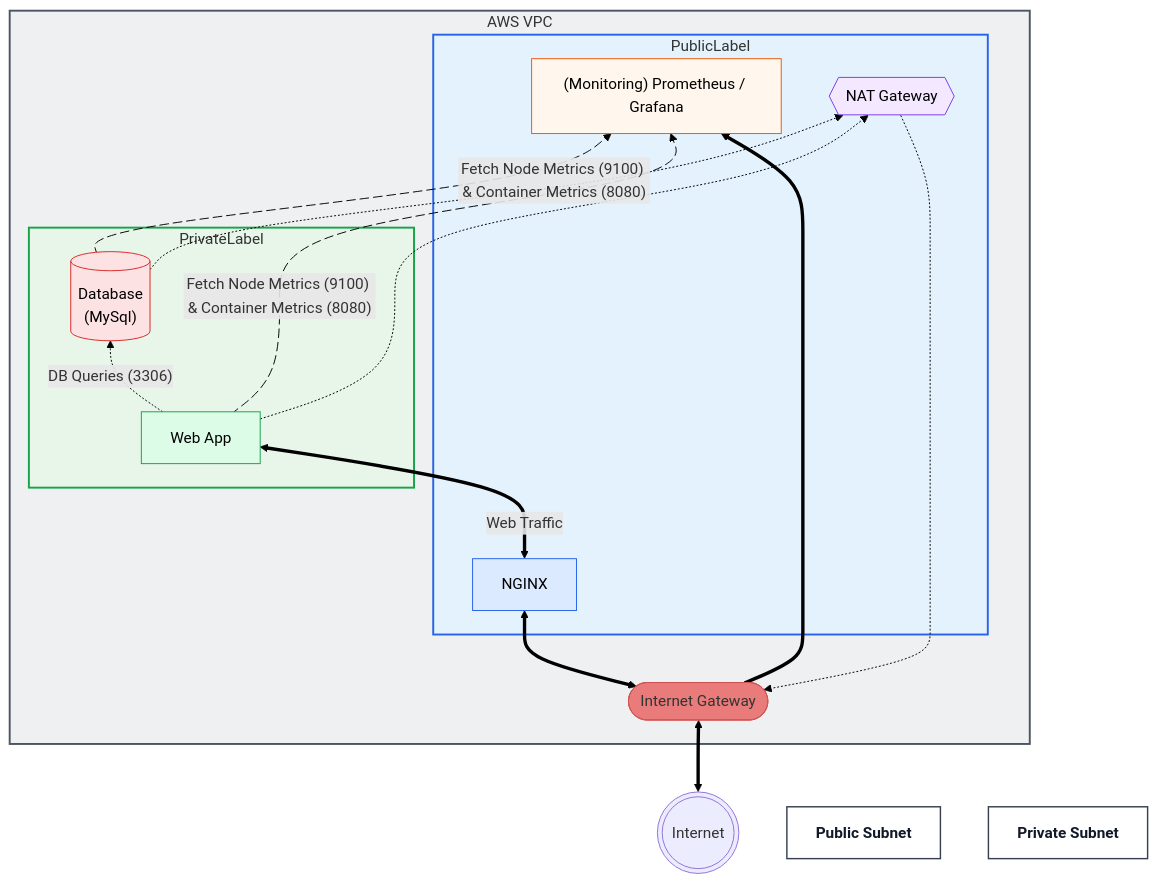
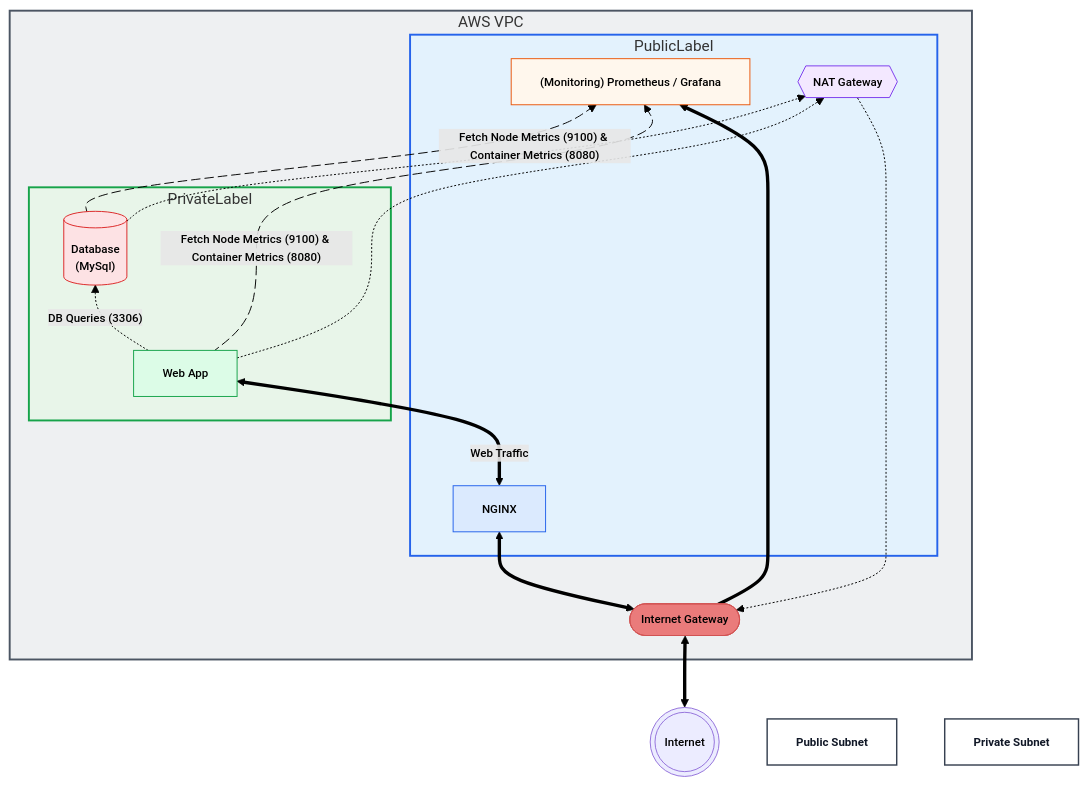
The diagram in README.md (Jazzar101/learning-terraform-3087701), drawn with Mermaid before and after one commit.

Commit message:
Changed node order - test and testing change of label background

````diff
--- a/README.md
+++ b/README.md
@@ -6,57 +6,59 @@
 ```mermaid
 flowchart BT
     Internet(((Internet)))
     subgraph VPC[AWS VPC]
         IGW([Internet Gateway])
         subgraph PublicSubnet[PublicLabel]
+            NAT{{NAT Gateway}}
             NGINX[NGINX]
             Monitoring["(Monitoring) Prometheus / Grafana"]
-            NAT{{NAT Gateway}}
         end
 
         subgraph PrivateSubnet[PrivateLabel]
             App[Web App]
             DB[("Database\n(MySql)")]
         end
     end
 
     Internet <==> IGW
     IGW <==> NGINX
     NGINX <==>|Web Traffic| App
     App -.->|"DB Queries (3306)"| DB
     IGW ==> Monitoring
 
     App metricsApp@-->|"Fetch Node Metrics (9100) & Container Metrics (8080)"| Monitoring
     DB metricsDB@-->|"Fetch Node Metrics (9100) & Container Metrics (8080)"| Monitoring
 
     App -.-> NAT
     DB -.-> NAT
     NAT -.-> IGW
     
     metricsApp@{ animation: slow }    
     metricsDB@{ animation: slow }
 
     %% Node-only styling (GitHub safe)
     classDef ingress fill:#dbeafe,stroke:#2563eb,color:#000000
     classDef monitoring fill:#fff7ed,stroke:#ea580c,color:#000000
     classDef nat fill:#f3e8ff,stroke:#7c3aed,color:#000000
     classDef app fill:#dcfce7,stroke:#16a34a,color:#000000
     classDef db fill:#fde2e4,stroke:#dc2626,color:#000000
     classDef igw fill:#EA7B7B,stroke:#D25353,color:#00000
     classDef subnetLabel fill:#ffffff,stroke:#374151,stroke-width:1.5px,color:#111827,font-weight:bold
+    classDef label fill:none,stroke:none,color:#000000,font-size:12px,font-weight:500
 
     style VPC fill:#eef0f2,stroke:#4b5563,stroke-width:2px
     style PublicSubnet fill:#e3f2fd,stroke:#2563eb,stroke-width:2px
     style PrivateSubnet fill:#e8f5e9,stroke:#16a34a,stroke-width:2px    
+ 
     linkStyle default stroke:#000
 
     PublicLabel["Public Subnet"]:::subnetLabel
     PrivateLabel["Private Subnet"]:::subnetLabel
 
     class NGINX ingress
     class Monitoring monitoring
     class NAT nat
     class App app
     class DB db
     class IGW igw
 ```
````
